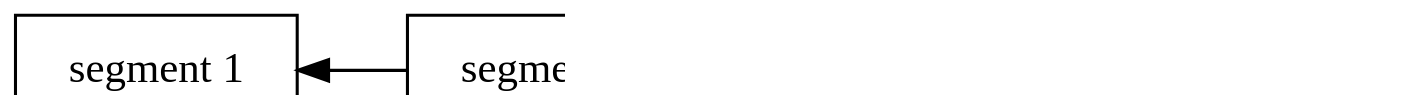
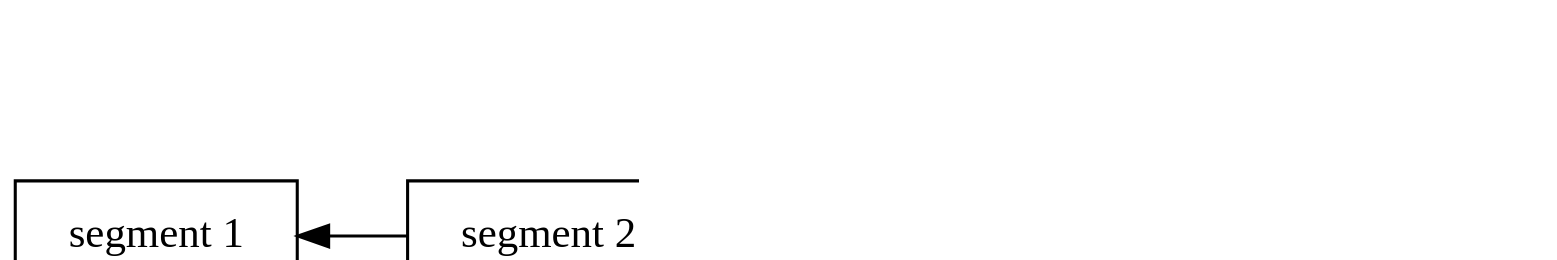
Before and after one commit to inponomarev/kafka-hjs: diagram 22 of 46 in lecture.adoc, drawn with Graphviz. The commit also changed other lines of this file and 3 other files, not shown here.

```diff
--- a/lecture.adoc
+++ b/lecture.adoc
@@ -1053,11 +1120,17 @@
 [graphviz,retention1,png]
 ----
 digraph G {
   node [shape="rectangle"]
   graph [ dpi = 190 ];
   rankdir="RL";
   
   s4[label="segment 4",style="filled",fillcolor="green"]
   s4->"segment 3"->"segment 2"->"segment 1"
+  
+  
+  nm[label="new messages",shape="oval"]
+  nm->s4
+  {rank =same; nm; s4}
+
 }
 ----
```
